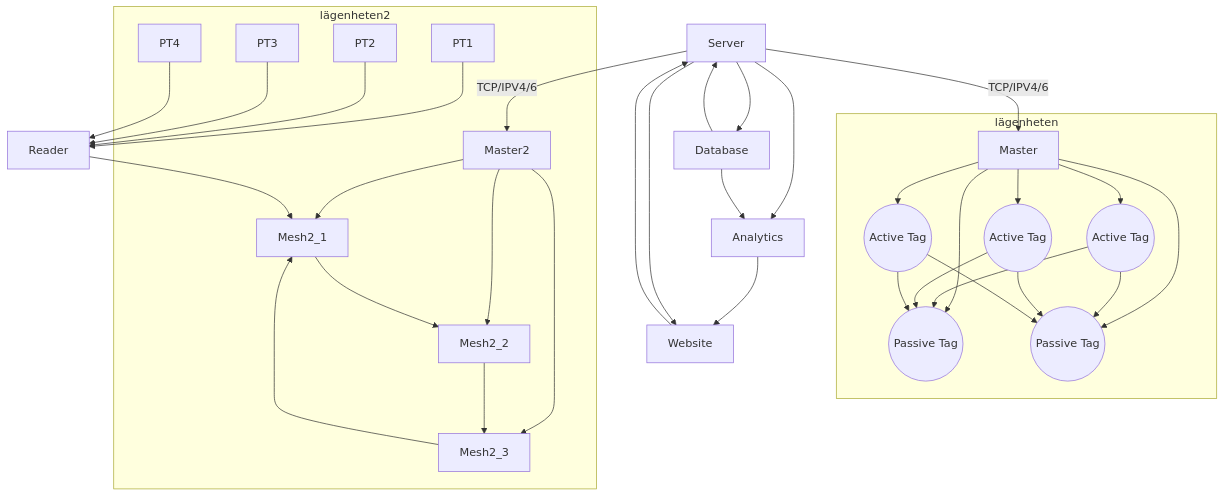
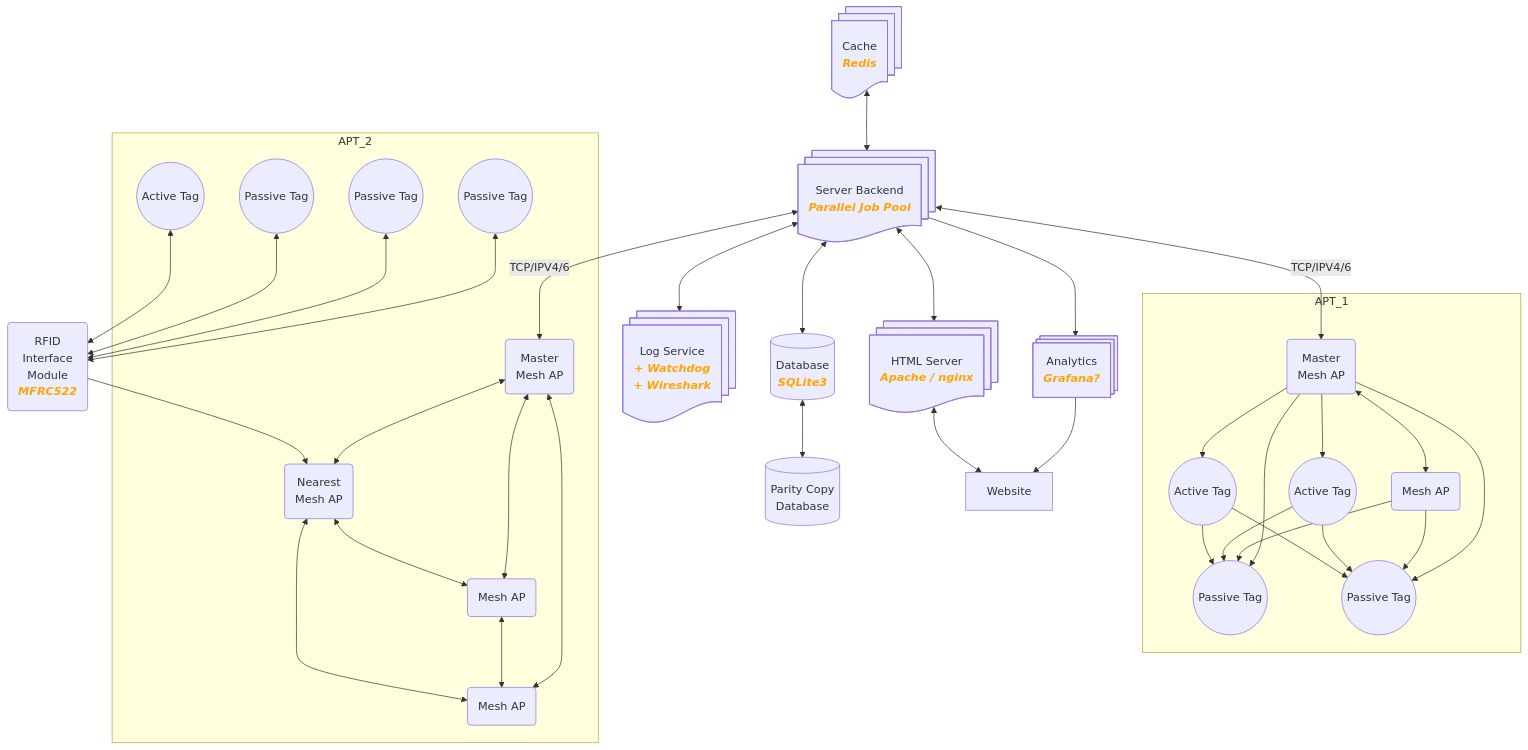
One commit to Rackhamn/iot_arch_project1 changed the first of 4 diagrams in README.md. Above: the diagram before and after it, drawn with Mermaid. The commit also changed other lines of this file, not shown here.

Commit message:
Update README.md
Added colors and more to the mermaid graphs

````diff
--- a/README.md
+++ b/README.md
@@ -50,53 +50,60 @@
 ```mermaid
 graph TD
-    Server[Server] --> |TCP/IPV4/6| Master
-    Server --> |TCP/IPV4/6| Master2
-    Server --> DB[Database]
-    Server --> Anal[Analytics]
-    DB --> Server
-    DB --> Anal
+    ServerCache@{ shape: docs, label: "Cache<br/><p style="color: orange;"><b><i>Redis</i></b></p>" } <--> Server
+    Server@{ shape: docs, label: "Server Backend<br/><p style="color: orange;"><b><i>Parallel Job Pool</i></b></p>" } <--> |TCP/IPV4/6| Master
+    Server <--> |TCP/IPV4/6| Master2
+    Server <--> DB@{ shape: cyl, label: "Database<br/><p style="color: orange;"><b><i>SQLite3</i></b></p>" }
+    Server --> Anal@{ shape: processes, label: "Analytics<br/><p style="color: orange;"><b><i>Grafana?</i></b></p>" }
+    DB <--> BD2@{ shape: cyl, label: "Parity Copy<br/>Database" }
+
     Anal --> Website[Website]
-    Server --> Website
-    Website --> Server
-    Master --> A1((Active Tag))
+    %% Website <--> User@{ shape: hex, label: "User<br/><p style="color: orange;"><b><i>APT Owner</i></b></p>"}
+
+    Server <--> Logger@{ shape: docs, label: "Log Service<br/><p style="color: orange;"><b><i>+ Watchdog<br/>+ Wireshark</i></b></p>" }
+    Server <--> ServerHTML@{ shape: docs, label: "HTML Server<br/><p style="color: orange;"><b><i>Apache / nginx</i></b></p>" }
+    ServerHTML <--> Website
+    
+    Master <--> A1(Mesh AP)
     Master --> A2((Active Tag))
     Master --> A3((Active Tag))
     Master --> P1((Passive Tag))
     Master --> P2((Passive Tag))
     A1 --> P1
     A1 --> P2
     A2 --> P1
     A2 --> P2
     A3 --> P1
     A3 --> P2
-    subgraph lägenheten
-        Master
+    subgraph APT_1
+        Master(Master<br/>Mesh AP)
         A1
         A2
         A3
         P1
         P2
-  end
+    end
 
-  Master2 --> Mesh2_1
-  Master2 --> Mesh2_2
-  Master2 --> Mesh2_3
-  Mesh2_1 --> Mesh2_2
-  Mesh2_2 --> Mesh2_3
-  Mesh2_3 --> Mesh2_1
-  PT1 --> Reader
-  PT2 --> Reader
-  PT3 --> Reader
-  PT4 --> Reader
-  Reader --> Mesh2_1
-  subgraph lägenheten2
-      Master2
-      Mesh2_1
-      Mesh2_2
-      Mesh2_3
-      PT1
-      PT2
-      PT3
-      PT4
+  Master2 <--> Mesh2_1
+  Master2 <--> Mesh2_2
+  Master2 <--> Mesh2_3
+  Mesh2_1 <--> Mesh2_2
+  Mesh2_2 <--> Mesh2_3
+  Mesh2_3 <--> Mesh2_1
+  PT1 <--> Reader
+  PT2 <--> Reader
+  PT3 <--> Reader
+  PT4 <--> Reader
+
+  %% Housekeeping@{ shape: hex, label: "Housekeeping<br/><p style="color: orange;"><b><i>Security</i></b></p>"} --> Reader
+  Reader(RFID<br/>Interface<br/>Module<br/><p style="color: orange;"><b><i>MFRC522</i></b></p>) --> Mesh2_1
+  subgraph APT_2
+      Master2(Master<br/>Mesh AP)
+      Mesh2_1(Nearest<br/>Mesh AP)
+      Mesh2_2(Mesh AP)
+      Mesh2_3(Mesh AP)
+      PT1((Passive Tag))
+      PT2((Passive Tag))
+      PT3((Passive Tag))
+      PT4((Active Tag))
     end
 ```
````
